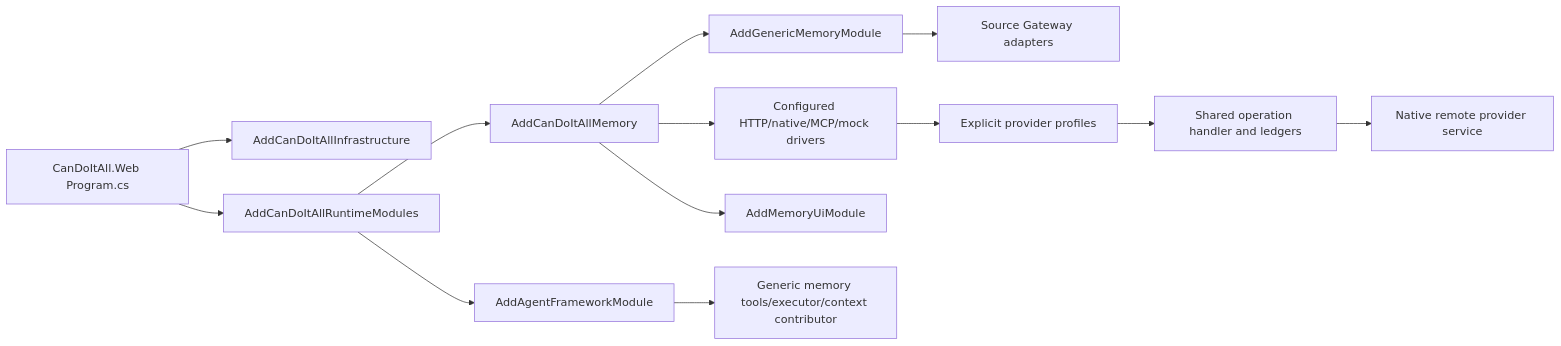
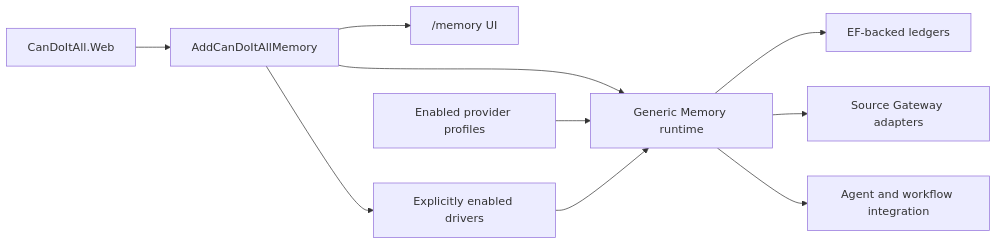
The diagram in docs/cognitive-memory/current-state/implementation-map.md (fyziktom/CanDoItAll), drawn with Mermaid before and after one commit. The commit also changed other lines of this file and 117 other files, not shown here.

````diff
--- a/docs/cognitive-memory/current-state/implementation-map.md
+++ b/docs/cognitive-memory/current-state/implementation-map.md
@@ -24,15 +5,12 @@
 ```mermaid
 flowchart LR
-    Program["CanDoItAll.Web Program.cs"] --> Infrastructure["AddCanDoItAllInfrastructure"]
-    Program --> Composition["AddCanDoItAllRuntimeModules"]
-    Composition --> MemoryComposition["AddCanDoItAllMemory"]
-    MemoryComposition --> GenericMemory["AddGenericMemoryModule"]
-    MemoryComposition --> ProviderDrivers["Configured HTTP/native/MCP/mock drivers"]
-    MemoryComposition --> MemoryUi["AddMemoryUiModule"]
-    Composition --> MAF["AddAgentFrameworkModule"]
-    MAF --> MemoryTools["Generic memory tools/executor/context contributor"]
-    GenericMemory --> SourceGateway["Source Gateway adapters"]
-    ProviderDrivers --> Profiles["Explicit provider profiles"]
-    Profiles --> Runtime["Shared operation handler and ledgers"]
-    Runtime --> OptionalNative["Native remote provider service"]
+    Host["CanDoItAll.Web"] --> Composition["AddCanDoItAllMemory"]
+    Composition --> Core["Generic Memory runtime"]
+    Composition --> Ui["/memory UI"]
+    Composition --> Drivers["Explicitly enabled drivers"]
+    Profiles["Enabled provider profiles"] --> Core
+    Drivers --> Core
+    Core --> Ledgers["EF-backed ledgers"]
+    Core --> Gateway["Source Gateway adapters"]
+    Core --> Maf["Agent and workflow integration"]
 ```
````
